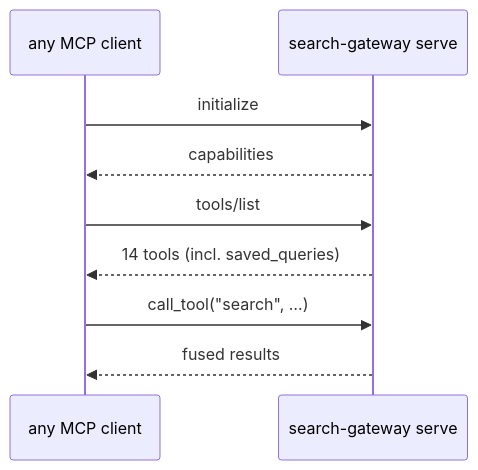
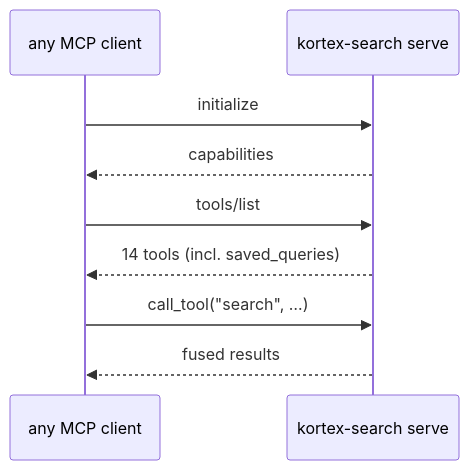
Before and after one commit to kbjama8/search-gateway: the diagram in docs/mcp-registration.md, drawn with Mermaid. The commit also changed other lines of this file and 26 other files, not shown here.

First line of the commit message:
Rename docs and in-repo skills to Kortex Search

````diff
--- a/docs/mcp-registration.md
+++ b/docs/mcp-registration.md
@@ -9,11 +9,11 @@
 ```mermaid
 sequenceDiagram
     participant C as any MCP client
-    participant S as search-gateway serve
+    participant S as kortex-search serve
     C->>S: initialize
     S-->>C: capabilities
     C->>S: tools/list
     S-->>C: 14 tools (incl. saved_queries)
     C->>S: call_tool("search", …)
     S-->>C: fused results
 ```
````
